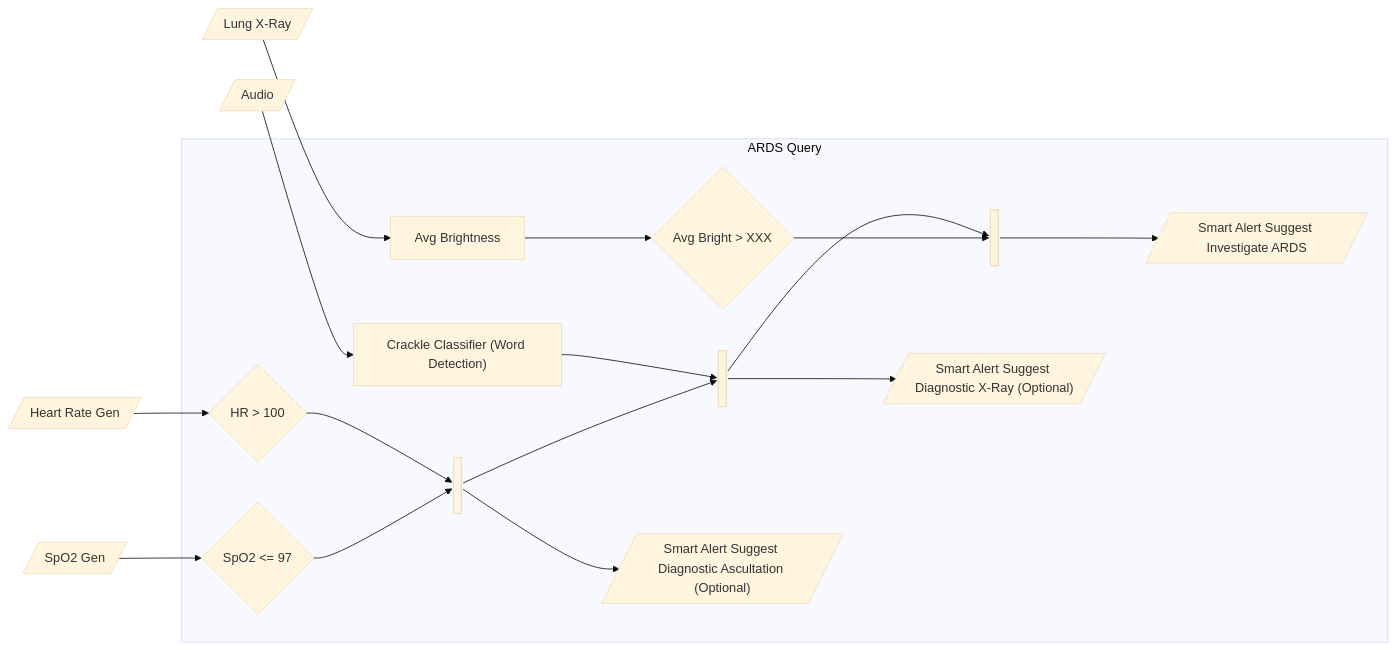
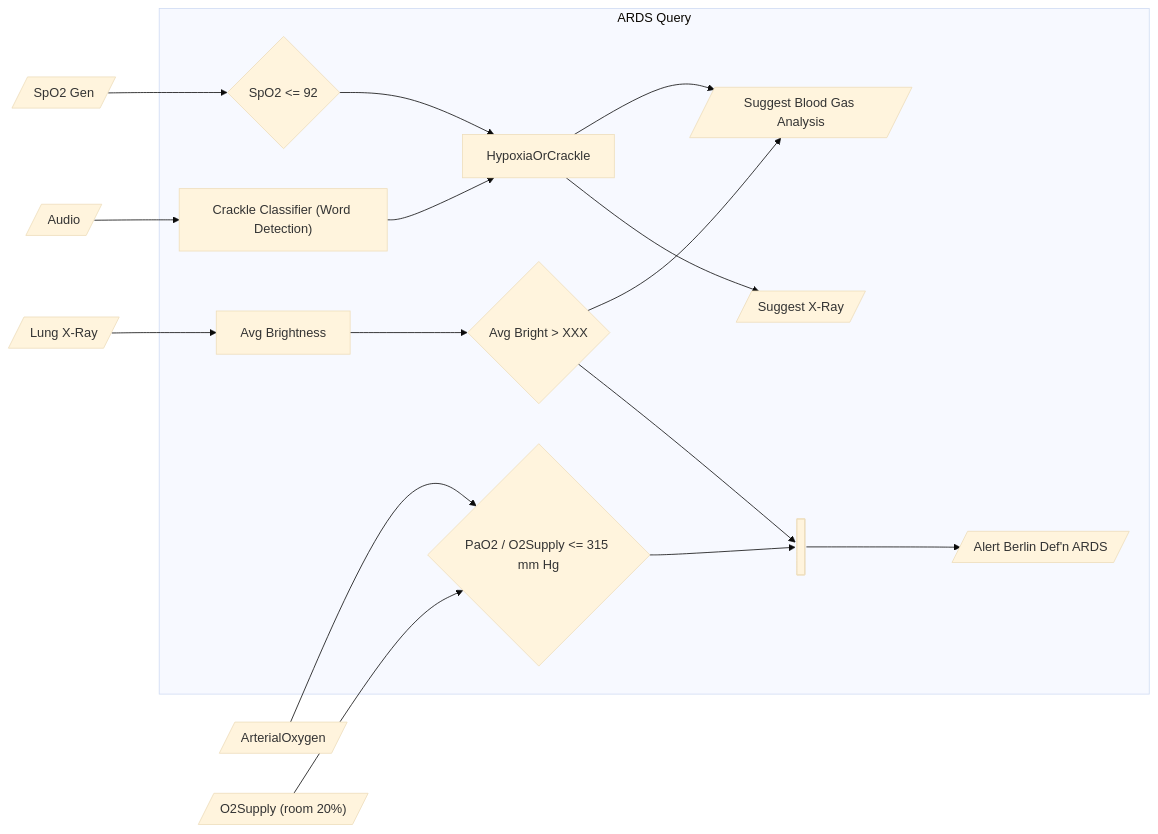
One commit to nebulastream/SIGMOD25-demo changed the second of 3 diagrams in README.md. Above: the diagram before and after it, drawn with Mermaid (base theme).

Commit message:
Update ARDS Example with Christophs Feedback

````diff
--- a/README.md
+++ b/README.md
@@ -44,40 +44,37 @@
 ```mermaid
 
 %% ARDS Example
 
 graph LR;
 %% Define sources
-    HR@{shape: in-out, label: "Heart Rate Gen"}
+    PaO2@{shape: in-out, label: "ArterialOxygen"}
     SpO2@{shape: in-out, label: "SpO2 Gen"}
     Audio@{shape: in-out, label: "Audio"}
     LungXRay@{shape: in-out, label: "Lung X-Ray"}
+    OxygenSupply@{shape: in-out, label: "O2Supply (room 20%)"}
 
 
 %% Query ARDS
     subgraph ARDS Query
-        dTachy@{shape: diamond, label: "HR > 100"}
-        dHypox@{shape: diamond, label: "SpO2 <= 97"}
-        dCrackle@{shape: proc, label: "Crackle Classifier (Word Detection)"}
+        dHypox@{shape: diamond, label: "SpO2 <= 92"} --> HypoxiaOrCrackle
+        dCrackle@{shape: proc, label: "Crackle Classifier (Word Detection)"} --> HypoxiaOrCrackle
+        HypoxiaOrCrackle -->  AlertSuggestBloodGasAnalysis@{shape: in-out, label: "Suggest Blood Gas Analysis"}
+        HypoxiaOrCrackle -->  AlertSuggestXRay@{shape: in-out, label: "Suggest X-Ray"}
+        dHorovitz@{shape: diamond, label: "PaO2 / O2Supply <= 315 mm Hg"}
         pLungBright@{shape: proc, label: "Avg Brightness"}
         dLungBright@{shape: diamond, label: "Avg Bright > XXX"}
-        jSuggestAscultation@{shape: join, label: "Join ARDS Symptoms Ascul"}
-        jSuggestXRay@{shape: join, label: "Join ARDS Symptoms XRay"}
+        dLungBright --> AlertSuggestBloodGasAnalysis
         jARDS@{shape: join, label: "Join ARDS Symptoms"}
-        dTachy --> jSuggestAscultation
-        dHypox --> jSuggestAscultation
-        jSuggestAscultation --> AlertSuggestAscultation@{shape: in-out, label: "Smart Alert Suggest Diagnostic Ascultation (Optional)"}
-        dCrackle --> jSuggestXRay
-        jSuggestAscultation --> jSuggestXRay
-        jSuggestXRay --> jARDS
-        jSuggestXRay --> AlertSuggestXRay@{shape: in-out, label: "Smart Alert Suggest Diagnostic X-Ray (Optional)"}
-        jARDS --> AlertSuggestARDS@{shape: in-out, label: "Smart Alert Suggest Investigate ARDS"}
+        dHorovitz --> jARDS
+        jARDS --> AlertSuggestARDS@{shape: in-out, label: "Alert Berlin Def'n ARDS"}
         pLungBright --> dLungBright --> jARDS
     end
 
-    HR --> dTachy
+    PaO2 --> dHorovitz
+    OxygenSupply --> dHorovitz
     SpO2 --> dHypox
     Audio --> dCrackle
     LungXRay --> pLungBright 
 
 
 ```
````
